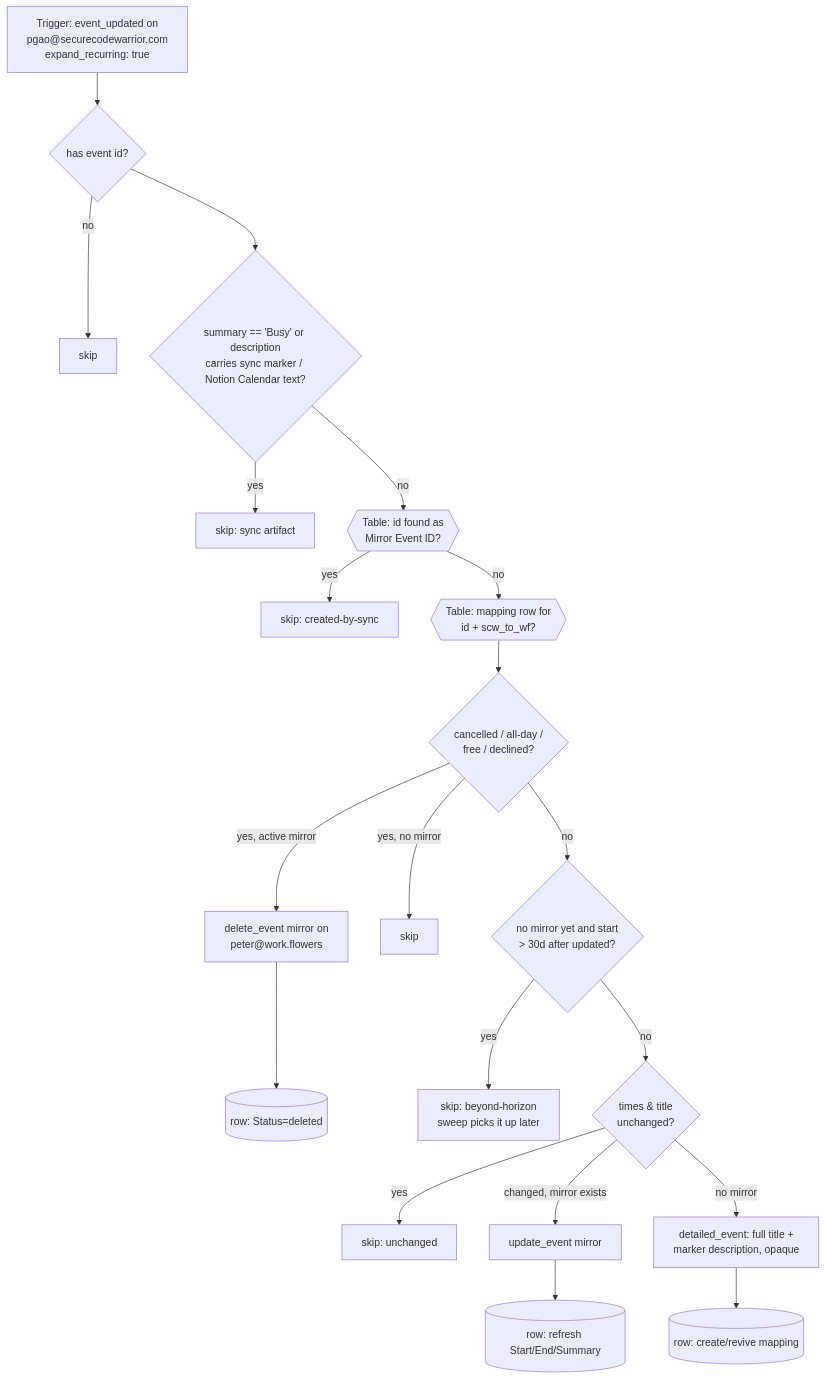
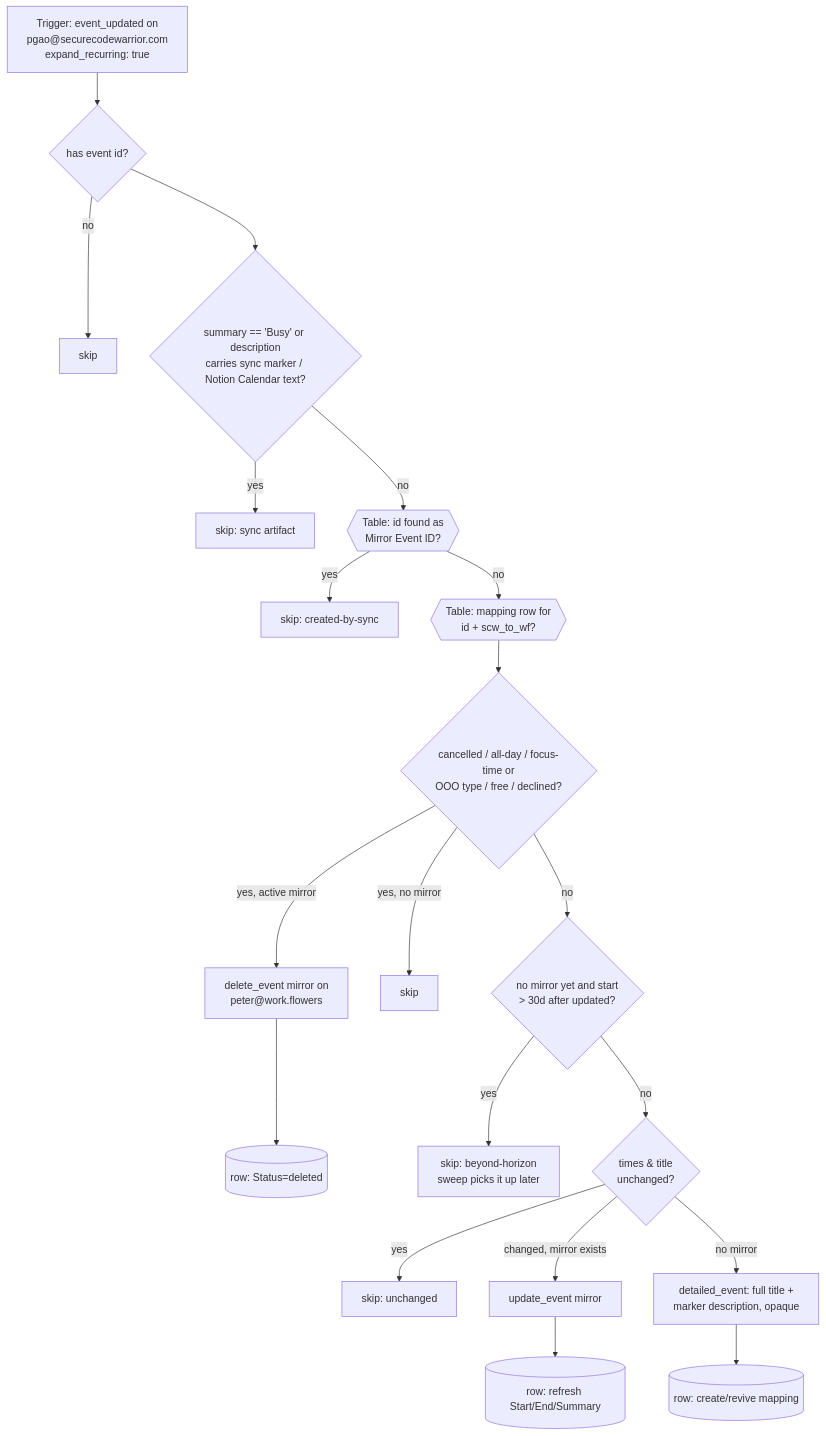
The diagram in scw-events-to-workflowers-block-peter/README.md (work-flowers/zapier-sdk), drawn with Mermaid before and after one commit. The commit also changed other lines of this file and 7 other files, not shown here.

````diff
--- a/scw-events-to-workflowers-block-peter/README.md
+++ b/scw-events-to-workflowers-block-peter/README.md
@@ -9,19 +9,19 @@
 ```mermaid
 flowchart TD
     T[Trigger: event_updated on\npgao@securecodewarrior.com\nexpand_recurring: true] --> G0{has event id?}
     G0 -- no --> S0[skip]
     G0 --> G1{summary == 'Busy' or description\ncarries sync marker / Notion Calendar text?}
     G1 -- yes --> S1[skip: sync artifact]
     G1 -- no --> G2{{Table: id found as\nMirror Event ID?}}
     G2 -- yes --> S2[skip: created-by-sync]
     G2 -- no --> L{{Table: mapping row for\nid + scw_to_wf?}}
-    L --> C{cancelled / all-day /\nfree / declined?}
+    L --> C{cancelled / all-day / focus-time or\nOOO type / free / declined?}
     C -- "yes, active mirror" --> D[delete_event mirror on\npeter@work.flowers] --> DR[(row: Status=deleted)]
     C -- "yes, no mirror" --> S3[skip]
     C -- no --> H{no mirror yet and start\n> 30d after updated?}
     H -- yes --> S4[skip: beyond-horizon\nsweep picks it up later]
     H -- no --> U{times & title\nunchanged?}
     U -- yes --> S5[skip: unchanged]
     U -- "changed, mirror exists" --> UP[update_event mirror] --> UR[(row: refresh Start/End/Summary)]
     U -- "no mirror" --> CR[detailed_event: full title +\nmarker description, opaque] --> RR[(row: create/revive mapping)]
 ```
````
